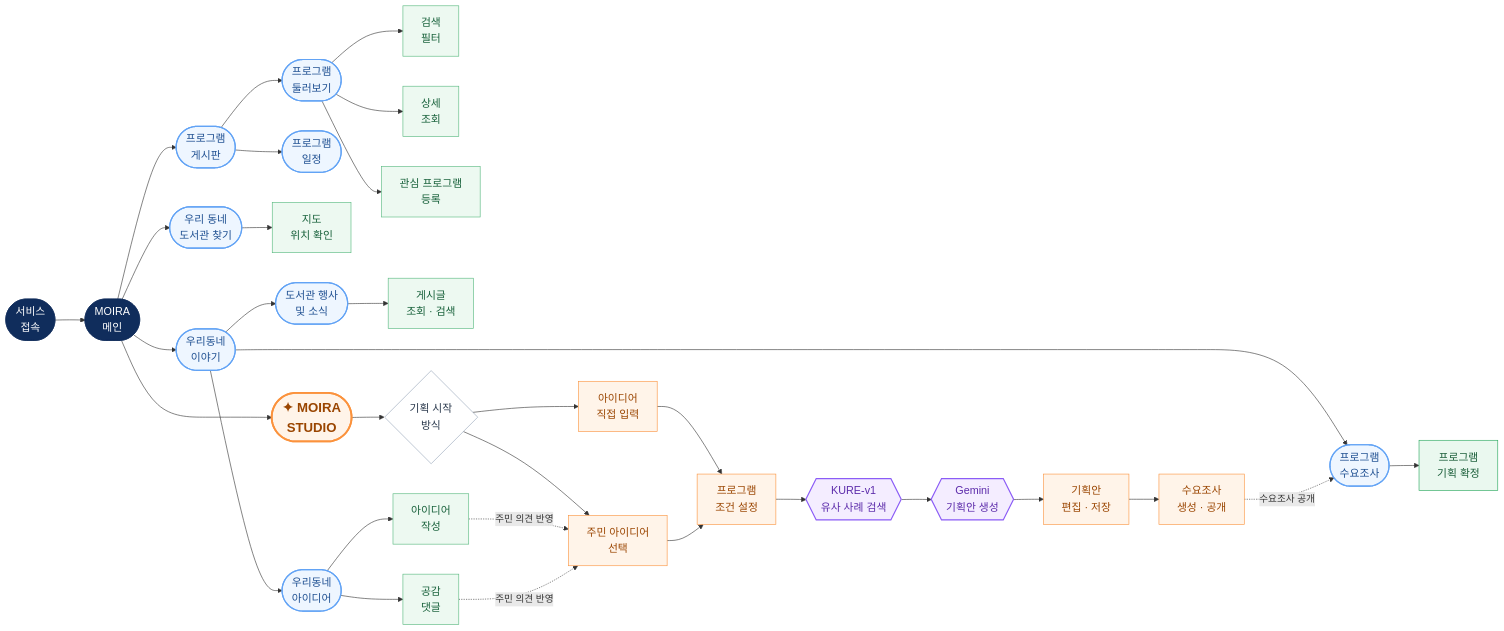
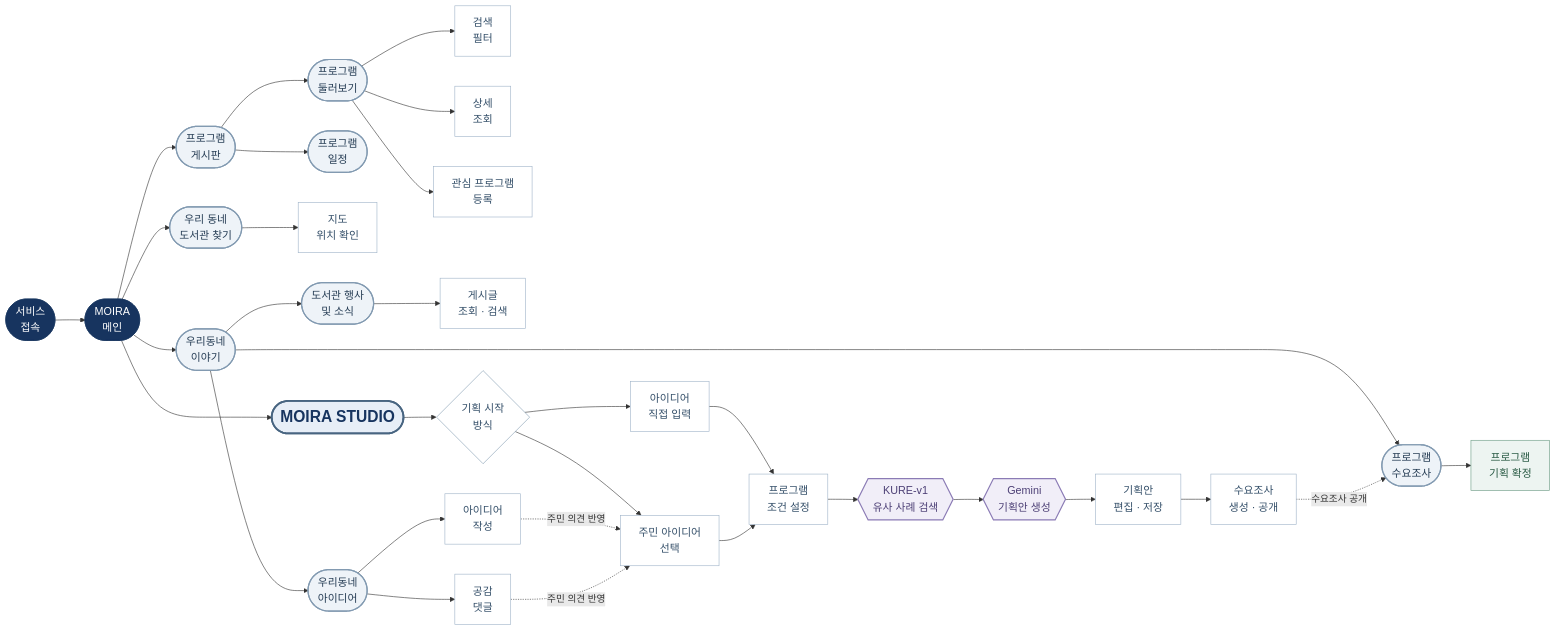
Before and after one commit to PNU-2026-AI-Hackathon/pnuai-a-02-potg: the diagram in README.md, drawn with Mermaid.

Commit message:
docs : 3.1 시스템 흐름도 디자인 정리

````diff
--- a/README.md
+++ b/README.md
@@ -176,63 +176,63 @@
 ```mermaid
 flowchart LR
     START(["서비스<br/>접속"]) --> MAIN(["MOIRA<br/>메인"])
 
     MAIN --> BOARD(["프로그램<br/>게시판"])
     BOARD --> PROGRAM(["프로그램<br/>둘러보기"])
     BOARD --> CALENDAR(["프로그램<br/>일정"])
 
     PROGRAM --> FILTER["검색<br/>필터"]
     PROGRAM --> DETAIL["상세<br/>조회"]
     PROGRAM --> FAVORITE["관심 프로그램<br/>등록"]
 
     MAIN --> LIBRARY(["우리 동네<br/>도서관 찾기"])
     LIBRARY --> MAP["지도<br/>위치 확인"]
 
     MAIN --> COMMUNITY(["우리동네<br/>이야기"])
     COMMUNITY --> NEWS(["도서관 행사<br/>및 소식"])
     COMMUNITY --> IDEA(["우리동네<br/>아이디어"])
     COMMUNITY --> SURVEY(["프로그램<br/>수요조사"])
 
     NEWS --> NEWS_VIEW["게시글<br/>조회 · 검색"]
 
     IDEA --> WRITE["아이디어<br/>작성"]
     IDEA --> REACTION["공감<br/>댓글"]
 
-    MAIN --> STUDIO(["✦ MOIRA<br/>STUDIO"])
+    MAIN --> STUDIO(["MOIRA STUDIO"])
     STUDIO --> MODE{"기획 시작<br/>방식"}
 
     MODE --> DIRECT["아이디어<br/>직접 입력"]
     MODE --> SELECT["주민 아이디어<br/>선택"]
 
     WRITE -. "주민 의견 반영" .-> SELECT
     REACTION -. "주민 의견 반영" .-> SELECT
 
     DIRECT --> CONDITION["프로그램<br/>조건 설정"]
     SELECT --> CONDITION
 
     CONDITION --> CASE{{"KURE-v1<br/>유사 사례 검색"}}
     CASE --> GENERATE{{"Gemini<br/>기획안 생성"}}
     GENERATE --> EDIT["기획안<br/>편집 · 저장"]
     EDIT --> OPEN["수요조사<br/>생성 · 공개"]
 
     OPEN -. "수요조사 공개" .-> SURVEY
     SURVEY --> CONFIRM["프로그램<br/>기획 확정"]
 
-    classDef main fill:#102d5c,color:#fff,stroke:#102d5c,font-size:18px
-    classDef page fill:#eef6ff,color:#1e4f91,stroke:#62a3f5,stroke-width:2px,font-size:18px
-    classDef residentAction fill:#edf9f1,color:#17603a,stroke:#54b77c,font-size:18px
-    classDef librarianAction fill:#fff4e9,color:#9a4500,stroke:#fb923c,font-size:18px
-    classDef studioMain fill:#fff4e9,color:#9a4500,stroke:#fb923c,stroke-width:3px,font-size:22px,font-weight:bold
-    classDef aiProcess fill:#f4edff,color:#5b2aaa,stroke:#8b5cf6,stroke-width:2px,font-size:18px
-    classDef decision fill:#fff,color:#27364a,stroke:#94a3b8,font-size:18px
-    classDef result fill:#eaf8ef,color:#185c37,stroke:#22a559,font-size:18px
+    classDef main fill:#17345f,color:#fff,stroke:#17345f,font-size:18px
+    classDef page fill:#eef3f8,color:#243b53,stroke:#829ab1,stroke-width:2px,font-size:18px
+    classDef residentAction fill:#fff,color:#334e68,stroke:#9fb3c8,font-size:18px
+    classDef librarianAction fill:#fff,color:#334e68,stroke:#9fb3c8,font-size:18px
+    classDef studioMain fill:#e7eef7,color:#17345f,stroke:#486581,stroke-width:3px,font-size:26px,font-weight:bold
+    classDef aiProcess fill:#f1eef8,color:#4c3f75,stroke:#8b7bb5,stroke-width:2px,font-size:18px
+    classDef decision fill:#fff,color:#334e68,stroke:#829ab1,font-size:18px
+    classDef result fill:#edf4f1,color:#285943,stroke:#6b9b84,font-size:18px
 
     class START,MAIN main
     class BOARD,PROGRAM,CALENDAR,LIBRARY,COMMUNITY,NEWS,IDEA,SURVEY page
     class FILTER,DETAIL,FAVORITE,MAP,NEWS_VIEW,WRITE,REACTION residentAction
     class STUDIO studioMain
     class DIRECT,SELECT,CONDITION,EDIT,OPEN librarianAction
     class CASE,GENERATE aiProcess
     class MODE decision
     class CONFIRM result
 ```
````
